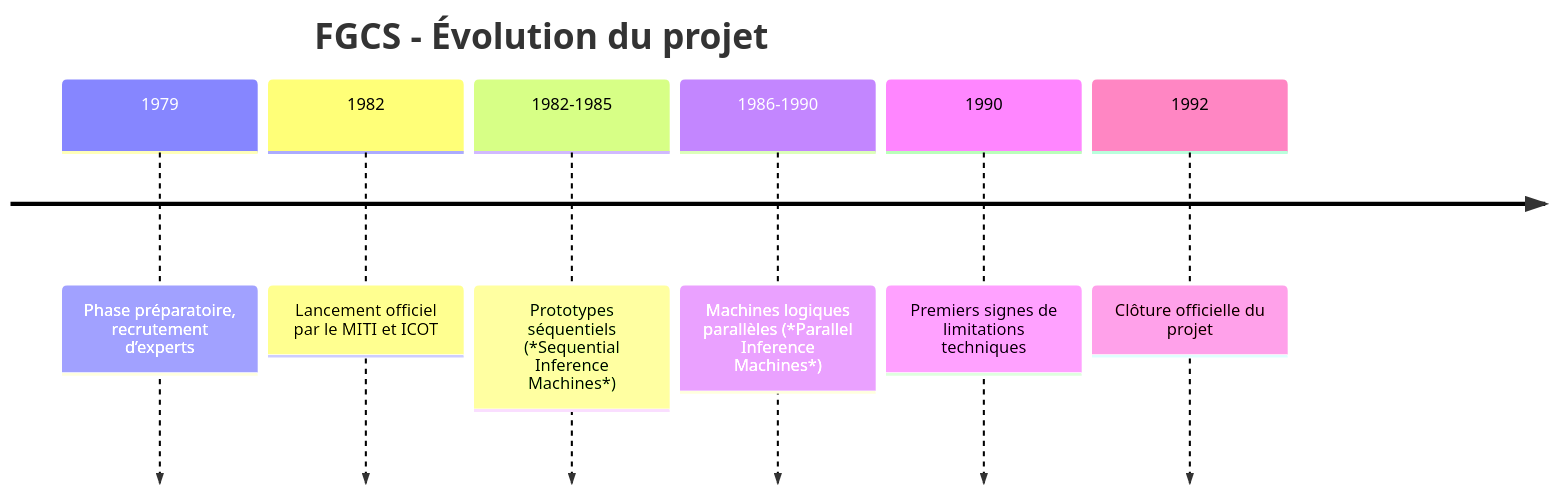
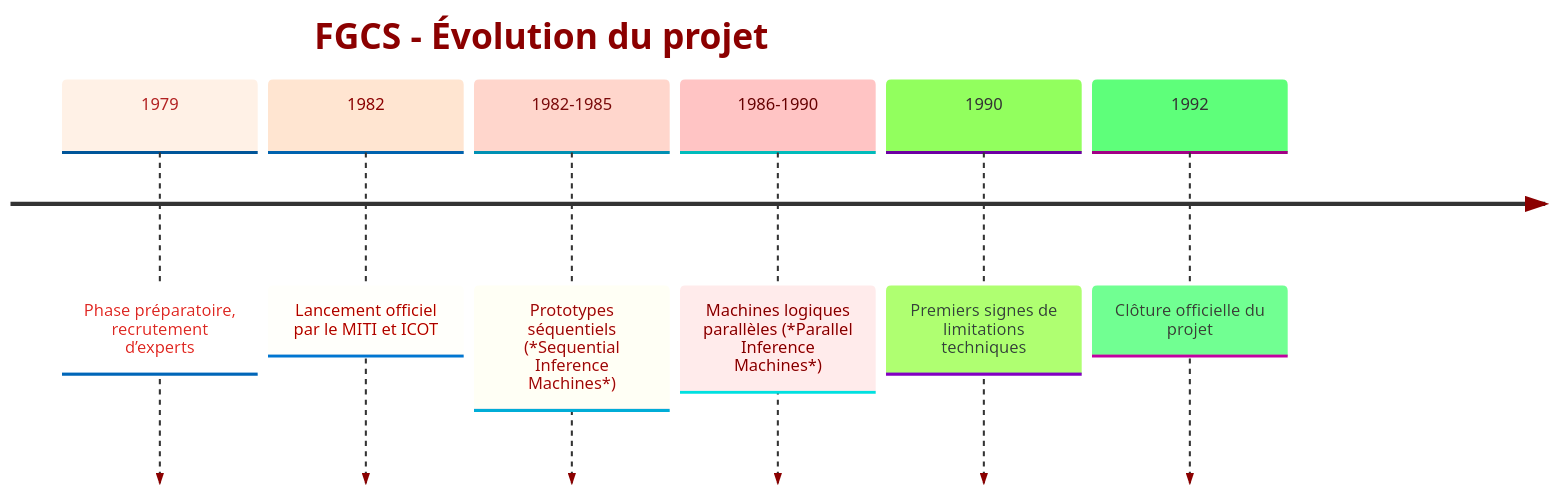
The first of 2 diagrams in Cinquieme_Generation.md (emergix/Framentec_Expert_Systems), drawn with Mermaid before and after one commit.

````diff
--- a/Cinquieme_Generation.md
+++ b/Cinquieme_Generation.md
@@ -38,18 +38,23 @@
 ```mermaid
-%%{init: {"themeVariables": {
-  "timelineTitleColor": "#FF4500",
-  "timelineTextColor": "#B22222",
-  "timelineSectionBgColor": "#FFE4B5",
-  "timelineSectionBorderColor": "#FF6347",
-  "primaryColor": "#FF4500",
-  "primaryTextColor": "#FFFFFF"
-}}}%%
+%%{init: {
+  "theme": "base",
+  "timeline": { "disableMulticolor": false },
+  "themeVariables": {
+    "cScale0": "#FFF1E6", "cScaleLabel0": "#B22222",
+    "cScale1": "#FFE5D1", "cScaleLabel1": "#8B0000",
+    "cScale2": "#FFD6CC", "cScaleLabel2": "#7A0A0A",
+    "cScale3": "#FFC4C4", "cScaleLabel3": "#660000",
+    "titleColor": "#FF4500",
+    "textColor": "#8B0000",
+    "lineColor": "#FF6347"
+  }
+}}%%
 timeline
     title FGCS - Évolution du projet
     1979 : Phase préparatoire, recrutement d’experts
     1982 : Lancement officiel par le MITI et ICOT
     1982-1985 : Prototypes séquentiels (*Sequential Inference Machines*)
     1986-1990 : Machines logiques parallèles (*Parallel Inference Machines*)
     1990 : Premiers signes de limitations techniques
     1992 : Clôture officielle du projet
 ```
````
